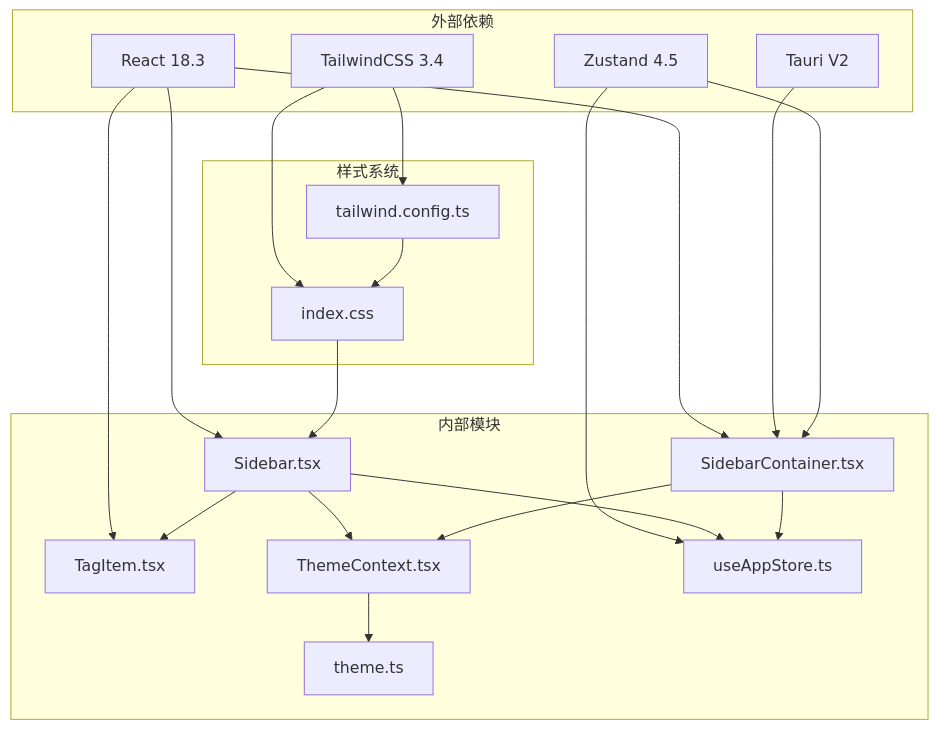
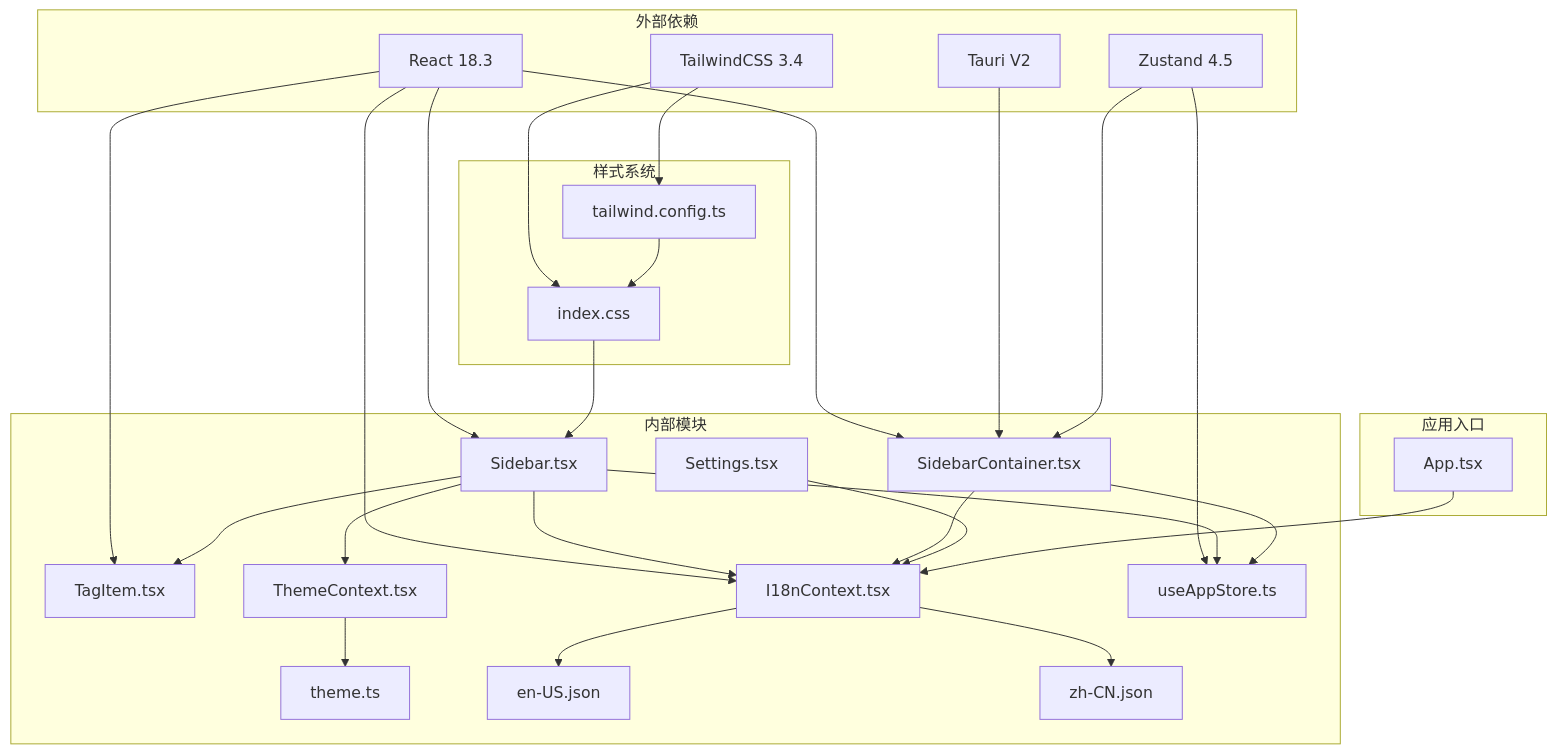
Diagram 13 of 13 in repowiki/zh/content/前端开发/UI 组件详解/侧边栏组件 (Sidebar).md (YLee9527/Medex), drawn with Mermaid before and after one commit. The commit also changed other lines of this file and 13 other files, not shown here.

````diff
--- a/repowiki/zh/content/前端开发/UI 组件详解/侧边栏组件 (Sidebar).md
+++ b/repowiki/zh/content/前端开发/UI 组件详解/侧边栏组件 (Sidebar).md
@@ -424,37 +592,50 @@
 ```mermaid
 graph TB
 subgraph "外部依赖"
 React[React 18.3]
 Tauri[Tauri V2]
 Zustand[Zustand 4.5]
 Tailwind[TailwindCSS 3.4]
 end
 subgraph "内部模块"
 Sidebar[Sidebar.tsx]
 SidebarContainer[SidebarContainer.tsx]
 TagItem[TagItem.tsx]
 ThemeContext[ThemeContext.tsx]
+I18nContext[I18nContext.tsx]
 useAppStore[useAppStore.ts]
 theme[theme.ts]
+enUS[en-US.json]
+zhCN[zh-CN.json]
+Settings[Settings.tsx]
 end
 subgraph "样式系统"
 CSS[index.css]
 TailwindConfig[tailwind.config.ts]
 end
+subgraph "应用入口"
+App[App.tsx]
+end
 React --> Sidebar
 React --> SidebarContainer
 React --> TagItem
+React --> I18nContext
 Tauri --> SidebarContainer
 Zustand --> SidebarContainer
 Zustand --> useAppStore
 Tailwind --> CSS
 Tailwind --> TailwindConfig
 Sidebar --> TagItem
 Sidebar --> useAppStore
+Sidebar --> I18nContext
 Sidebar --> ThemeContext
 SidebarContainer --> useAppStore
-SidebarContainer --> ThemeContext
+SidebarContainer --> I18nContext
+I18nContext --> enUS
+I18nContext --> zhCN
+Settings --> I18nContext
 ThemeContext --> theme
 CSS --> Sidebar
 TailwindConfig --> CSS
+App --> I18nContext
 ```
````
